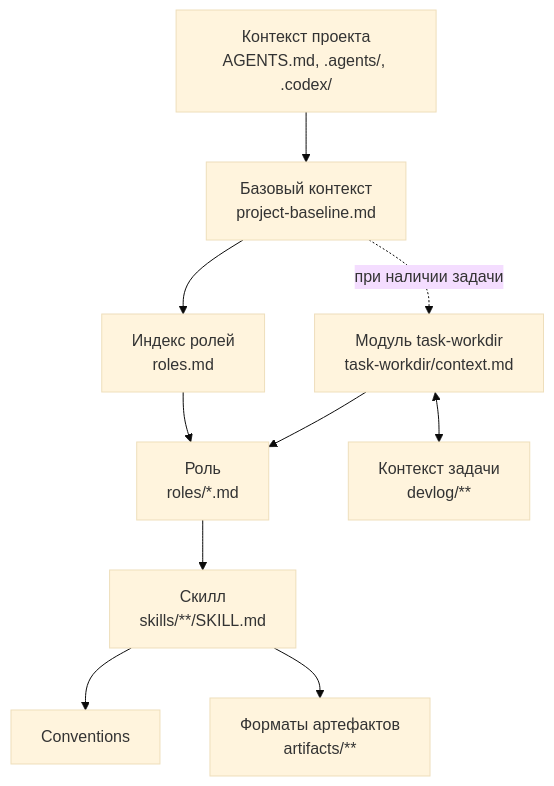
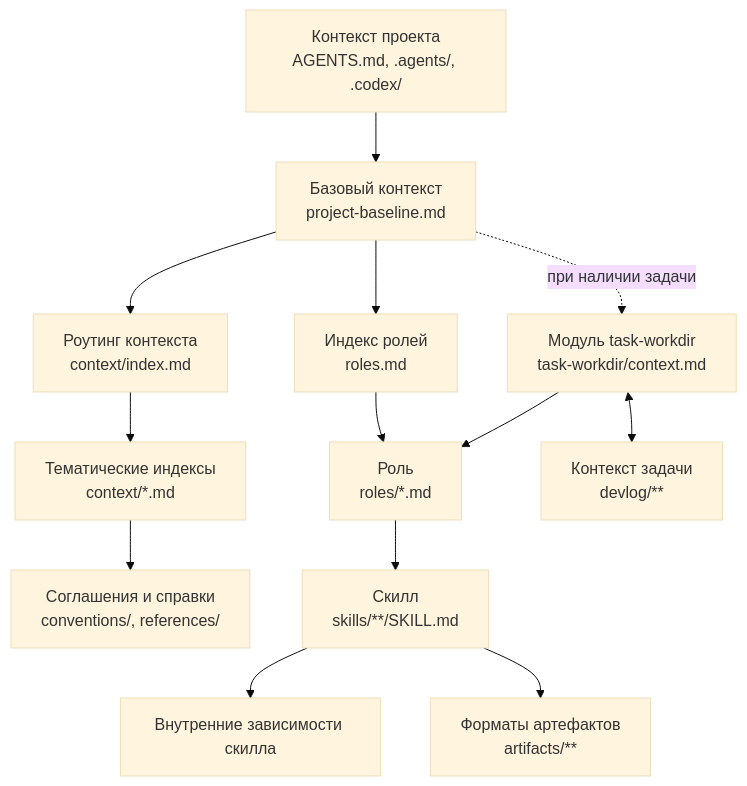
Before and after one commit to ergonomic-code/dot-agents: the diagram in README.md, drawn with Mermaid (base theme). The commit also changed other lines of this file and 28 other files, not shown here.

````diff
--- a/README.md
+++ b/README.md
@@ -114,12 +114,15 @@
 ```mermaid
 flowchart TD
     Project[Контекст проекта<br/>AGENTS.md, .agents/, .codex/] --> Baseline[Базовый контекст<br/>project-baseline.md]
     Baseline --> Roles[Индекс ролей<br/>roles.md]
     Roles --> Role[Роль<br/>roles/*.md]
+    Baseline --> Context[Роутинг контекста<br/>context/index.md]
+    Context --> ContextIndexes[Тематические индексы<br/>context/*.md]
+    ContextIndexes --> Conventions[Соглашения и справки<br/>conventions/, references/]
     Baseline -. при наличии задачи .-> TaskModule[Модуль task-workdir<br/>task-workdir/context.md]
     TaskModule --> Role
     Role --> Skill[Скилл<br/>skills/**/SKILL.md]
-    Skill --> Conventions
+    Skill --> Intrinsic[Внутренние зависимости скилла]
     Skill --> Artifacts[Форматы артефактов<br/>artifacts/**]
     TaskModule <--> Task[Контекст задачи<br/>devlog/**]
 ```
````
